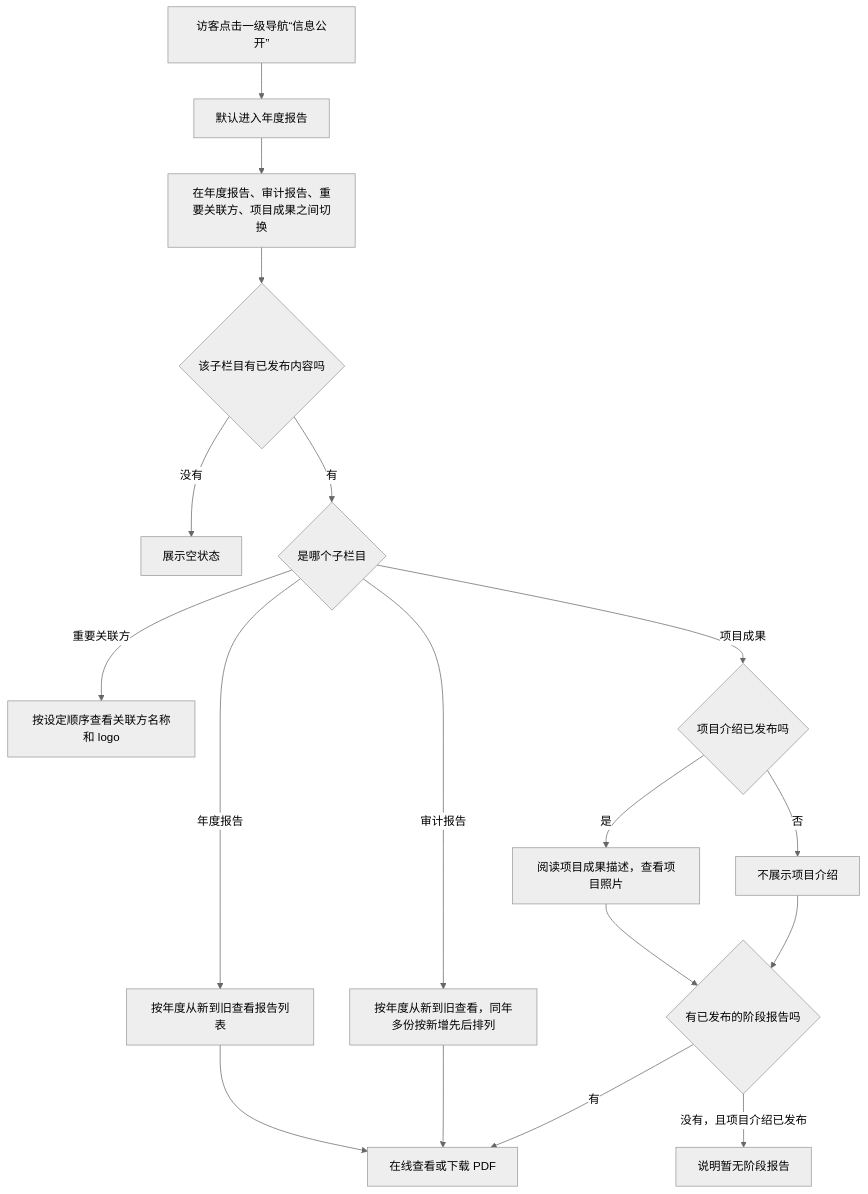
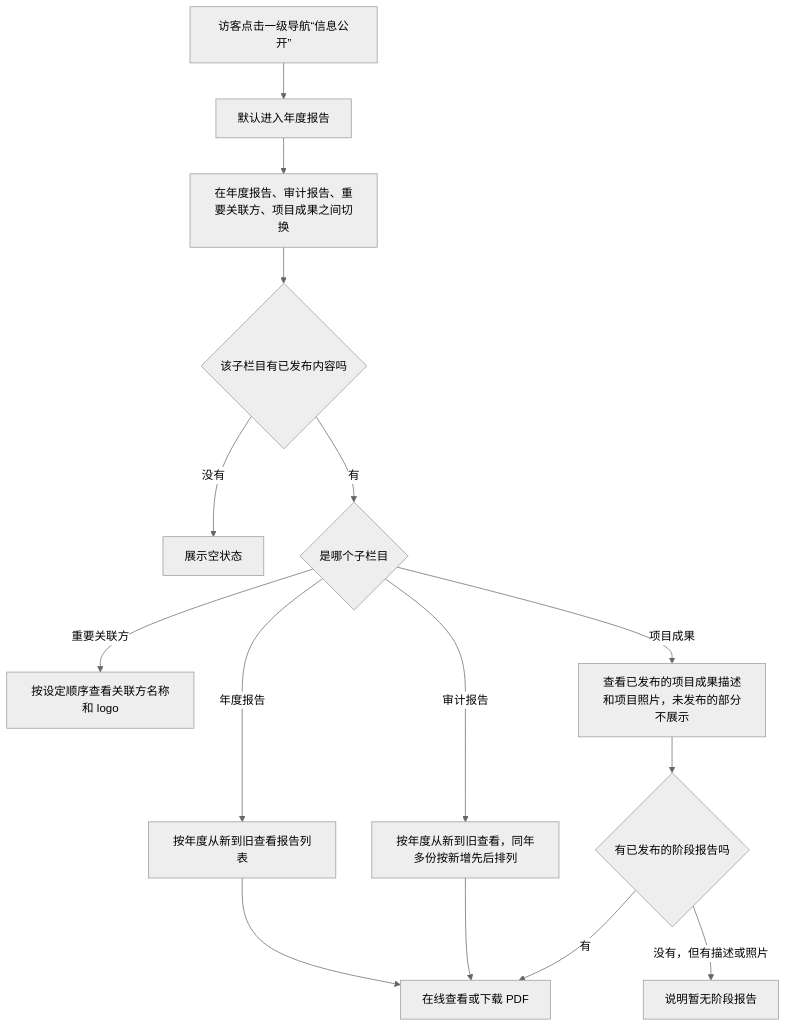
The first of 4 diagrams in prd/info-disclosure/luna-info-disclosure-prd-02-flows.md (wxblockchain/luna), drawn with Mermaid (neutral theme) before and after one commit. The commit also changed other lines of this file and 2 other files, not shown here.

````diff
--- a/prd/info-disclosure/luna-info-disclosure-prd-02-flows.md
+++ b/prd/info-disclosure/luna-info-disclosure-prd-02-flows.md
@@ -17,20 +17,17 @@
 ```mermaid
 flowchart TD
     A[访客点击一级导航“信息公开”] --> B[默认进入年度报告]
     B --> C[在年度报告、审计报告、重要关联方、项目成果之间切换]
     C --> D{该子栏目有已发布内容吗}
     D -->|没有| E[展示空状态]
     D -->|有| F{是哪个子栏目}
     F -->|年度报告| G[按年度从新到旧查看报告列表]
     F -->|审计报告| G2[按年度从新到旧查看，同年多份按新增先后排列]
     G --> H[在线查看或下载 PDF]
     G2 --> H
     F -->|重要关联方| I[按设定顺序查看关联方名称和 logo]
-    F -->|项目成果| J{项目介绍已发布吗}
-    J -->|是| K[阅读项目成果描述，查看项目照片]
-    J -->|否| L[不展示项目介绍]
-    K --> M{有已发布的阶段报告吗}
-    L --> M
+    F -->|项目成果| J[查看已发布的项目成果描述和项目照片，未发布的部分不展示]
+    J --> M{有已发布的阶段报告吗}
     M -->|有| H
-    M -->|没有，且项目介绍已发布| N[说明暂无阶段报告]
+    M -->|没有，但有描述或照片| N[说明暂无阶段报告]
 ```
````
